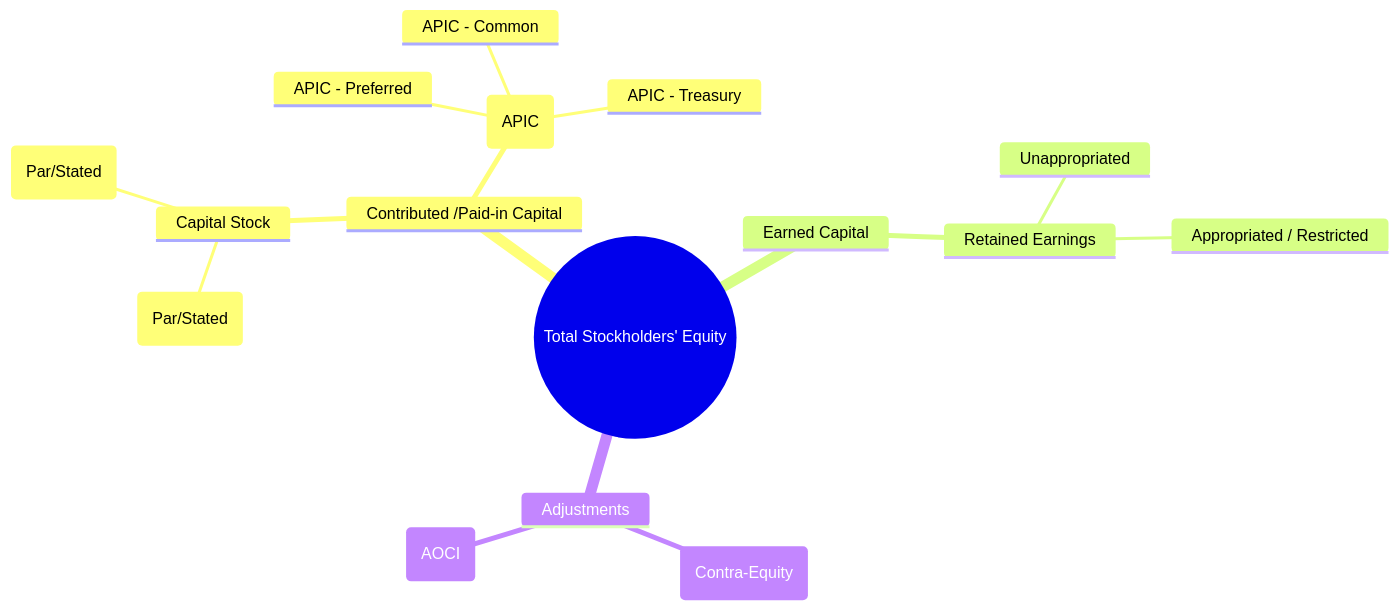
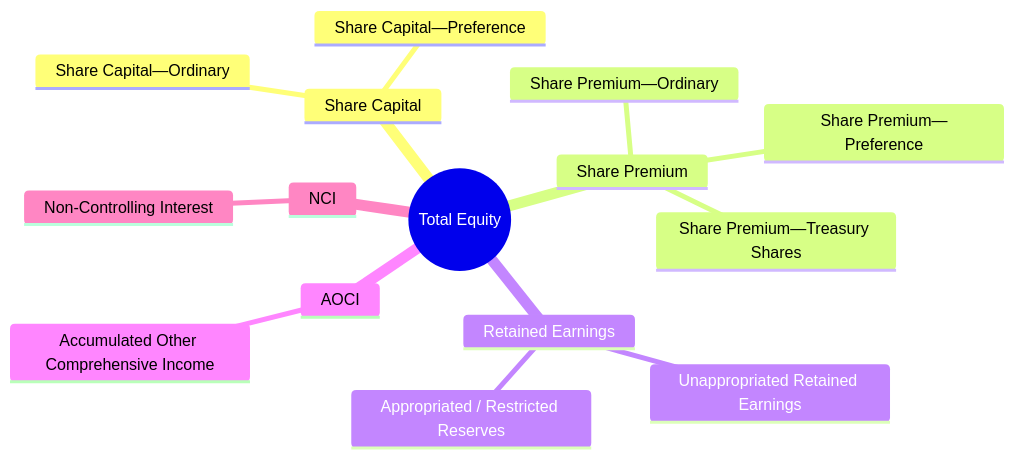
Before and after one commit to Soohaeib/shared-obsidian-notes: the first of 4 diagrams in note-res/ai-comprehension/acc-301-intermediate-accounting/phase-3/acc-301-notes-step-12.md, drawn with Mermaid. The commit also changed other lines of this file and 18 other files, not shown here.

````diff
--- a/note-res/ai-comprehension/acc-301-intermediate-accounting/phase-3/acc-301-notes-step-12.md
+++ b/note-res/ai-comprehension/acc-301-intermediate-accounting/phase-3/acc-301-notes-step-12.md
@@ -28,19 +22,18 @@
 ```mermaid
 mindmap
-  root((Total Stockholders' Equity))
-    Contributed /Paid-in Capital
-      Capital Stock
-        Preferred Stock (Par/Stated)
-        Common Stock (Par/Stated)
-      Additional Paid-in Capital (APIC)
-        APIC - Preferred
-        APIC - Common
-        APIC - Treasury
-    Earned Capital
-      Retained Earnings
-        Unappropriated
-        Appropriated / Restricted
-    Adjustments
-      Treasury Stock (Contra-Equity)
-      Accumulated Other Comprehensive Income (AOCI)
+  root((Total Equity))
+    Share Capital
+      Share Capital—Preference
+      Share Capital—Ordinary
+    Share Premium
+      Share Premium—Ordinary
+      Share Premium—Preference
+      Share Premium—Treasury Shares
+    Retained Earnings
+      Unappropriated Retained Earnings
+      Appropriated / Restricted Reserves
+    AOCI
+      Accumulated Other Comprehensive Income
+    NCI
+      Non-Controlling Interest
 ```
````
